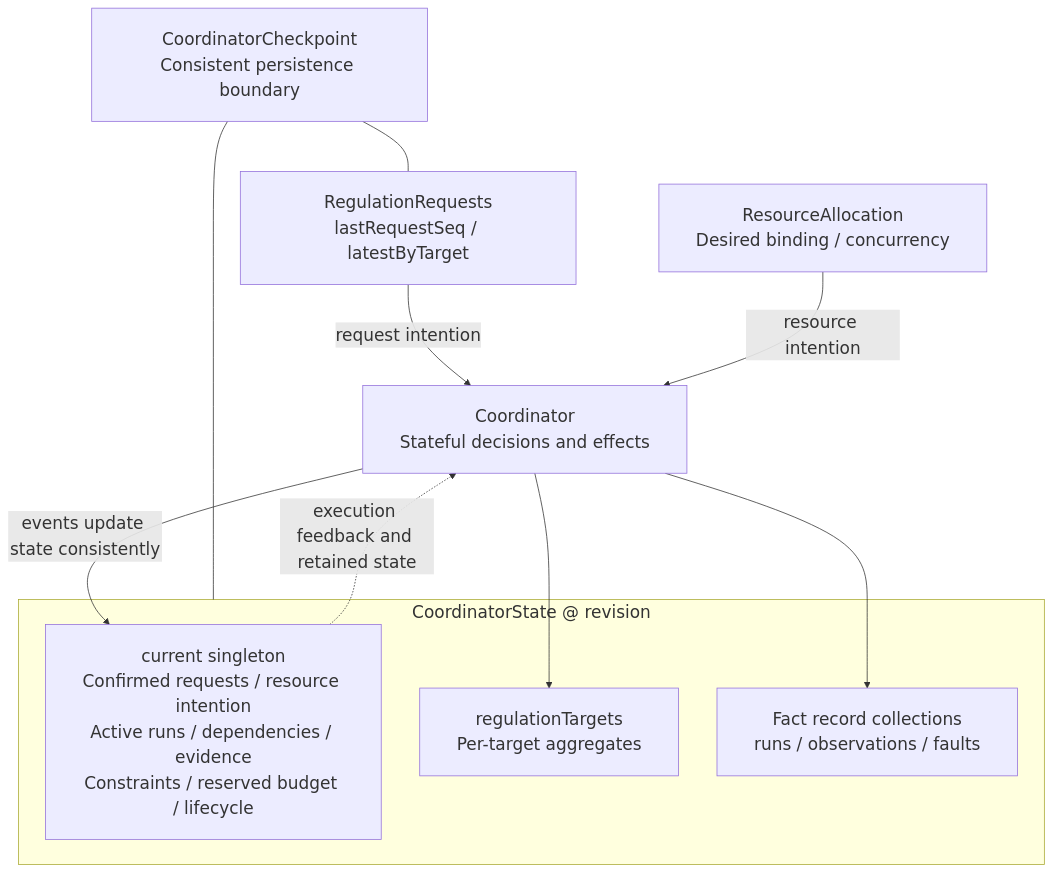
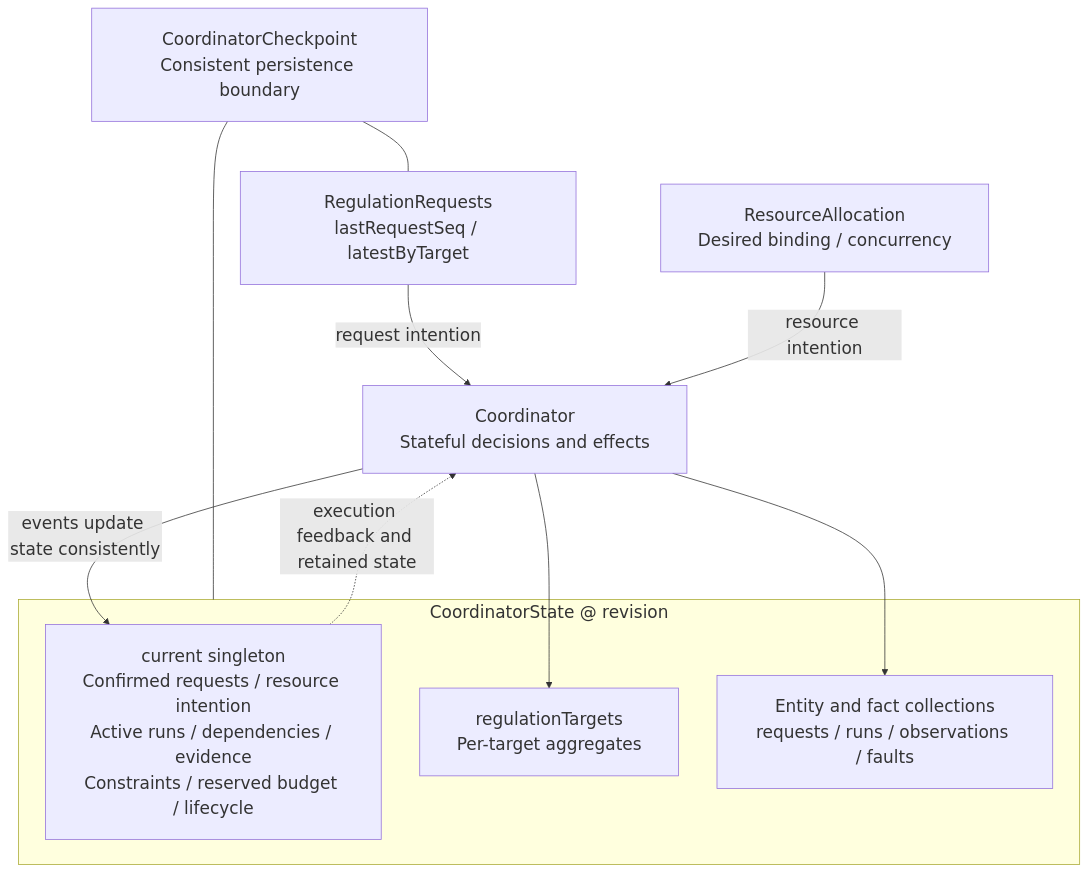
Before and after one commit to shazhou-ww/potential-guide: the fifth of 5 diagrams in .silvermoon/ideas/01M5E7N9F5Y0ZN1SYKDFYEVA20/outer/inner/ideal/Diagrams.md, drawn with Mermaid. The commit also changed other lines of this file and 9 other files, not shown here.

````diff
--- a/.silvermoon/ideas/01M5E7N9F5Y0ZN1SYKDFYEVA20/outer/inner/ideal/Diagrams.md
+++ b/.silvermoon/ideas/01M5E7N9F5Y0ZN1SYKDFYEVA20/outer/inner/ideal/Diagrams.md
@@ -208,32 +214,32 @@
 ```mermaid
 ---
 config:
   fontFamily: Arial, Helvetica, sans-serif
   themeVariables:
     fontFamily: Arial, Helvetica, sans-serif
     fontSize: 22px
   flowchart:
     wrappingWidth: 340
     nodeSpacing: 50
     rankSpacing: 65
     padding: 24
 ---
 flowchart TB
     REQUESTS["RegulationRequests<br/>lastRequestSeq / latestByTarget"]
     RESOURCE["ResourceAllocation<br/>Desired binding / concurrency"]
     COORDINATOR["Coordinator<br/>Stateful decisions and effects"]
     subgraph STATE["CoordinatorState @ revision"]
         CURRENT["current singleton<br/>Confirmed requests / resource intention<br/>Active runs / dependencies / evidence<br/>Constraints / reserved budget / lifecycle"]
         TARGETS["regulationTargets<br/>Per-target aggregates"]
-        RECORDS["Fact record collections<br/>runs / observations / faults"]
+        RECORDS["Entity and fact collections<br/>requests / runs / observations / faults"]
     end
     REQUESTS -->|request intention| COORDINATOR
     RESOURCE -->|resource intention| COORDINATOR
     COORDINATOR -->|events update state consistently| CURRENT
     COORDINATOR --> TARGETS
     COORDINATOR --> RECORDS
     CURRENT -.->|execution feedback and retained state| COORDINATOR
     CHECKPOINT["CoordinatorCheckpoint<br/>Consistent persistence boundary"]
     CHECKPOINT --- REQUESTS
     CHECKPOINT --- STATE
 ```
````
